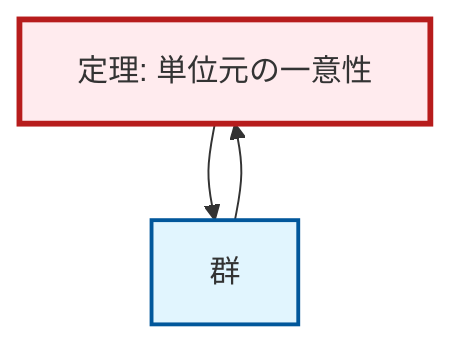
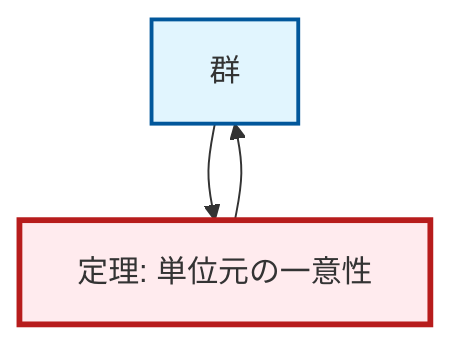
Before and after one commit to RK0429/ModernMath: the diagram in output/mermaid/ja/thm-unique-identity.mermaid, drawn with Mermaid. The commit also changed other lines of this file and 3220 other files, not shown here.

```diff
--- a/output/mermaid/ja/thm-unique-identity.mermaid
+++ b/output/mermaid/ja/thm-unique-identity.mermaid
@@ -1,11 +1,11 @@
 graph TD
     classDef definition fill:#e1f5fe,stroke:#01579b,stroke-width:2px
     classDef theorem fill:#f3e5f5,stroke:#4a148c,stroke-width:2px
     classDef axiom fill:#fff3e0,stroke:#e65100,stroke-width:2px
     classDef example fill:#e8f5e9,stroke:#1b5e20,stroke-width:2px
     classDef current fill:#ffebee,stroke:#b71c1c,stroke-width:3px
+    def-group["群"]:::definition
     thm-unique-identity["定理: 単位元の一意性"]:::theorem
-    def-group["群"]:::definition
+    thm-unique-identity --> def-group
     def-group --> thm-unique-identity
-    thm-unique-identity --> def-group
     class thm-unique-identity current
```
